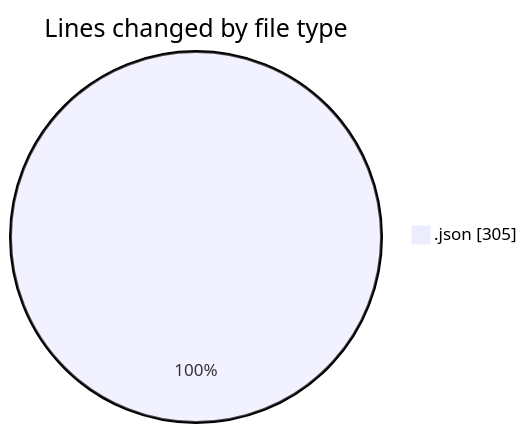
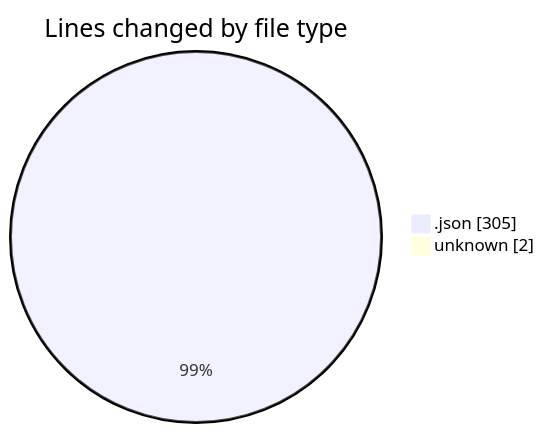
One commit to charlie-sans/code-tracking changed the first of 2 diagrams in 2025-03-11/mylighter-uhigh/README.md. Above: the diagram before and after it, drawn with Mermaid. The commit also changed other lines of this file and 1 other file, not shown here.

````diff
--- a/2025-03-11/mylighter-uhigh/README.md
+++ b/2025-03-11/mylighter-uhigh/README.md
@@ -21,5 +22,6 @@
 ```mermaid
 pie showData
 title Lines changed by file type
 ".json" : 305
+"unknown" : 2
 ```
````
